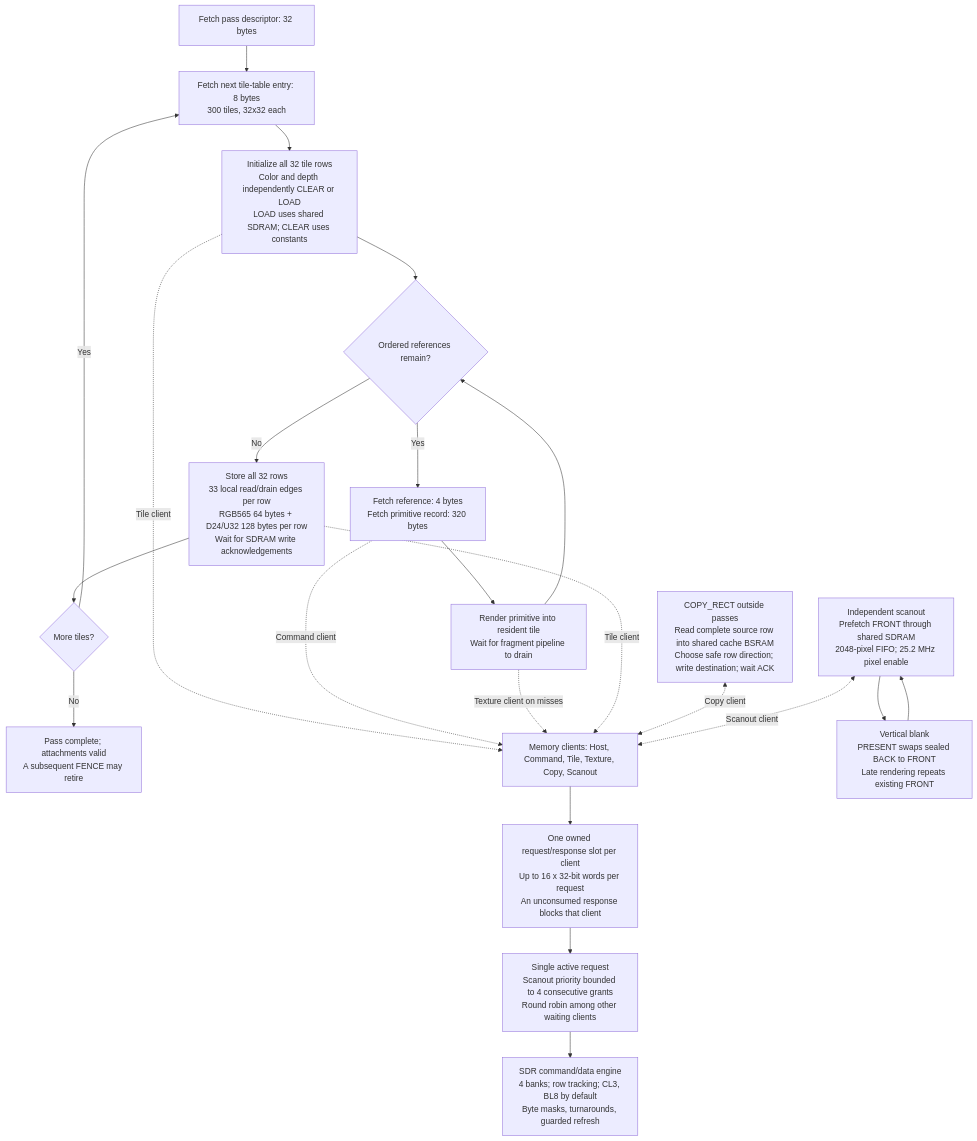
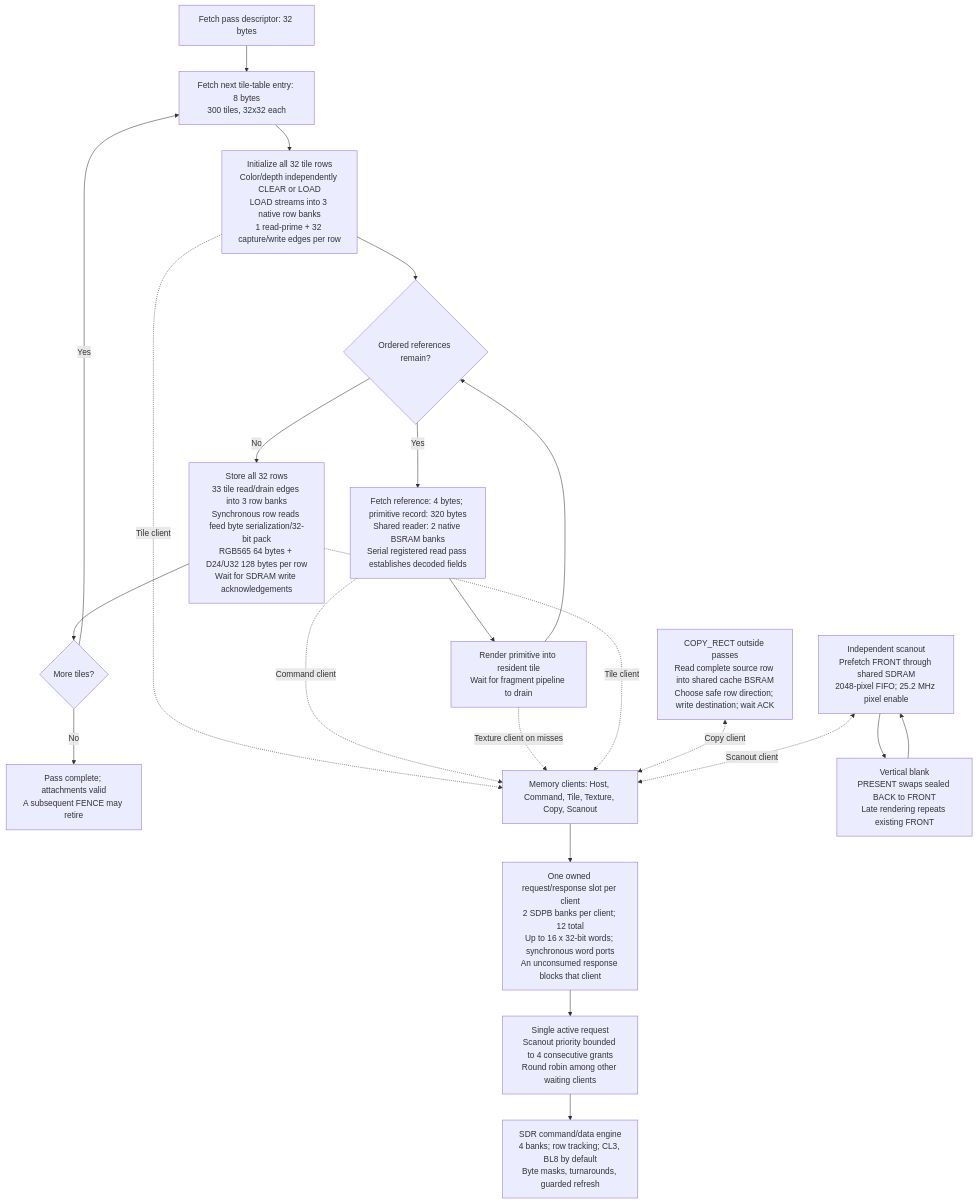
Before and after one commit to apc53pro/Nano-20K-GPU: the third of 3 diagrams in docs/hardware/pipeline.md, drawn with Mermaid. The commit also changed other lines of this file and 40 other files, not shown here.

````diff
--- a/docs/hardware/pipeline.md
+++ b/docs/hardware/pipeline.md
@@ -160,32 +168,32 @@
 ```mermaid
 flowchart TB
     DESC["Fetch pass descriptor: 32 bytes"]
     ENTRY["Fetch next tile-table entry: 8 bytes<br/>300 tiles, 32x32 each"]
-    LOAD["Initialize all 32 tile rows<br/>Color and depth independently CLEAR or LOAD<br/>LOAD uses shared SDRAM; CLEAR uses constants"]
+    LOAD["Initialize all 32 tile rows<br/>Color/depth independently CLEAR or LOAD<br/>LOAD streams into 3 native row banks<br/>1 read-prime + 32 capture/write edges per row"]
     ANY{"Ordered references remain?"}
-    REF["Fetch reference: 4 bytes<br/>Fetch primitive record: 320 bytes"]
+    REF["Fetch reference: 4 bytes; primitive record: 320 bytes<br/>Shared reader: 2 native BSRAM banks<br/>Serial registered read pass establishes decoded fields"]
     DRAW["Render primitive into resident tile<br/>Wait for fragment pipeline to drain"]
-    STORE["Store all 32 rows<br/>33 local read/drain edges per row<br/>RGB565 64 bytes + D24/U32 128 bytes per row<br/>Wait for SDRAM write acknowledgements"]
+    STORE["Store all 32 rows<br/>33 tile read/drain edges into 3 row banks<br/>Synchronous row reads feed byte serialization/32-bit pack<br/>RGB565 64 bytes + D24/U32 128 bytes per row<br/>Wait for SDRAM write acknowledgements"]
     MORE{"More tiles?"}
     PASSDONE["Pass complete; attachments valid<br/>A subsequent FENCE may retire"]
     CLIENTS["Memory clients: Host, Command, Tile, Texture, Copy, Scanout"]
-    SLOTS["One owned request/response slot per client<br/>Up to 16 x 32-bit words per request<br/>An unconsumed response blocks that client"]
+    SLOTS["One owned request/response slot per client<br/>2 SDPB banks per client; 12 total<br/>Up to 16 x 32-bit words; synchronous word ports<br/>An unconsumed response blocks that client"]
     ARB["Single active request<br/>Scanout priority bounded to 4 consecutive grants<br/>Round robin among other waiting clients"]
     SDR["SDR command/data engine<br/>4 banks; row tracking; CL3, BL8 by default<br/>Byte masks, turnarounds, guarded refresh"]
     COPY["COPY_RECT outside passes<br/>Read complete source row into shared cache BSRAM<br/>Choose safe row direction; write destination; wait ACK"]
     SCAN["Independent scanout<br/>Prefetch FRONT through shared SDRAM<br/>2048-pixel FIFO; 25.2 MHz pixel enable"]
     BLANK["Vertical blank<br/>PRESENT swaps sealed BACK to FRONT<br/>Late rendering repeats existing FRONT"]
     DESC --> ENTRY --> LOAD --> ANY
     ANY -->|"Yes"| REF --> DRAW --> ANY
     ANY -->|"No"| STORE --> MORE
     MORE -->|"Yes"| ENTRY
     MORE -->|"No"| PASSDONE
     CLIENTS --> SLOTS --> ARB --> SDR
     LOAD -.->|"Tile client"| CLIENTS
     REF -.->|"Command client"| CLIENTS
     DRAW -.->|"Texture client on misses"| CLIENTS
     STORE -.->|"Tile client"| CLIENTS
     COPY <-.->|"Copy client"| CLIENTS
     SCAN <-.->|"Scanout client"| CLIENTS
     SCAN --> BLANK --> SCAN
 ```
````
